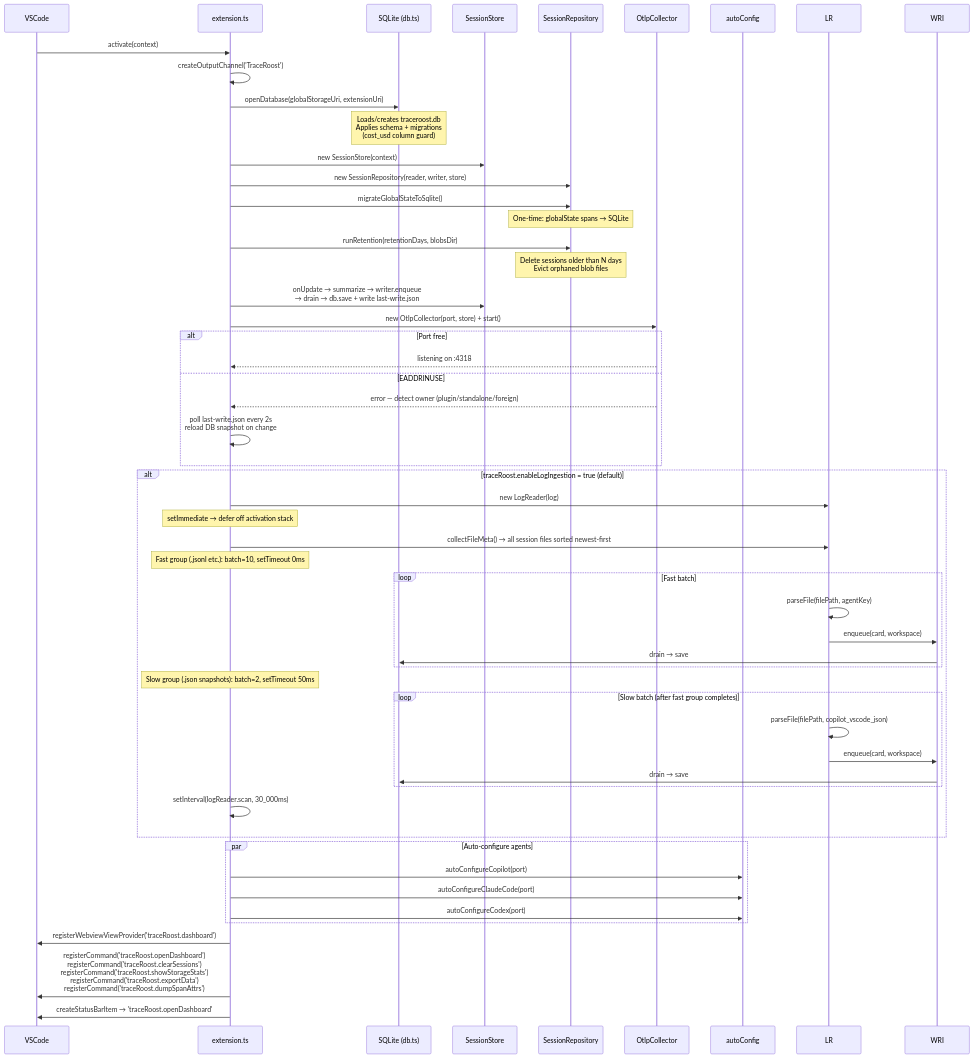
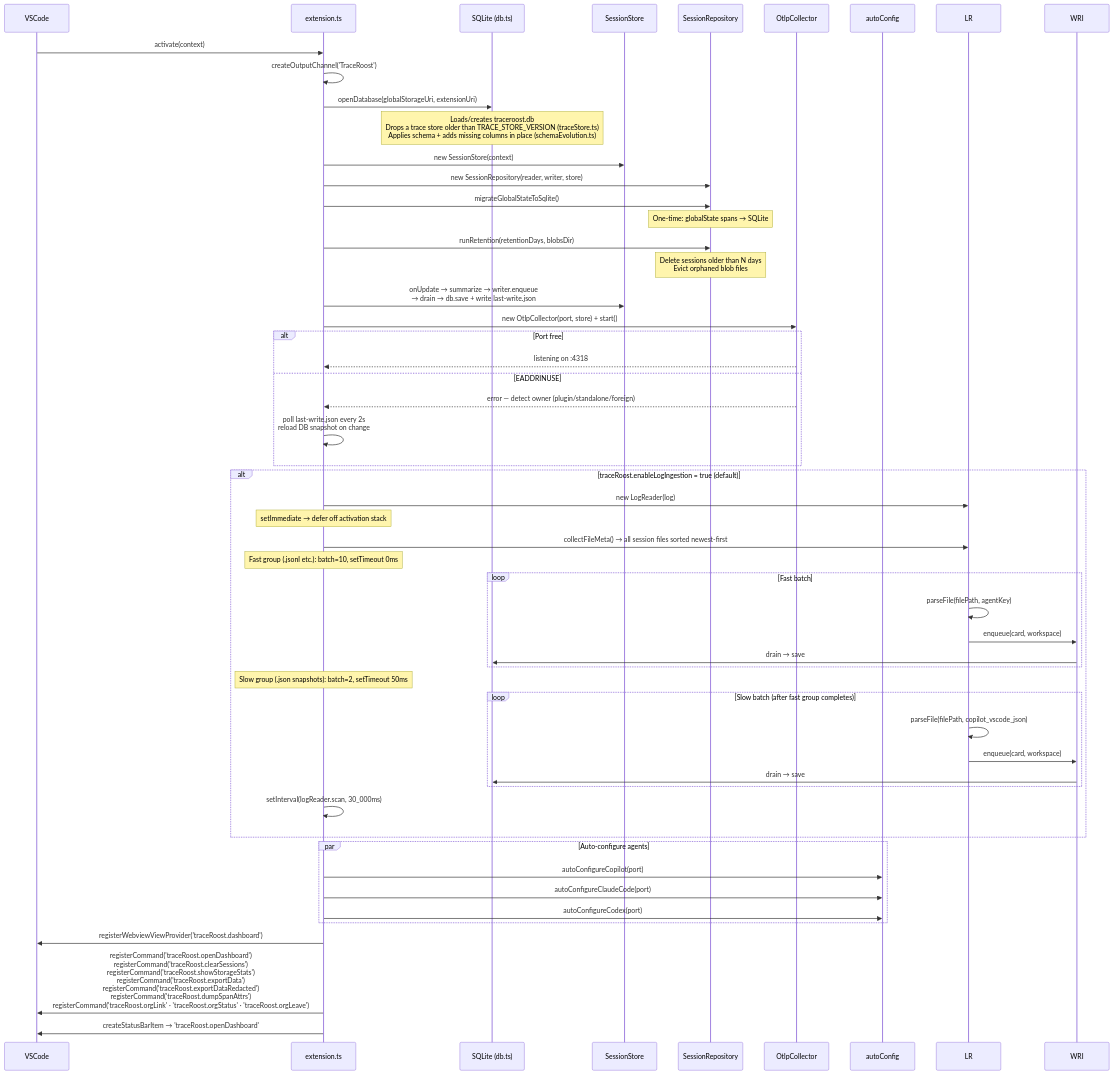
The second of 20 diagrams in ARCHITECTURE.md (traceroost/core), drawn with Mermaid before and after one commit. The commit also changed other lines of this file and 2 other files, not shown here.

````diff
--- a/ARCHITECTURE.md
+++ b/ARCHITECTURE.md
@@ -98,55 +98,55 @@
 ```mermaid
 sequenceDiagram
     participant VS as VSCode
     participant EXT as extension.ts
     participant DB as SQLite (db.ts)
     participant STO as SessionStore
     participant REPO as SessionRepository
     participant COL as OtlpCollector
     participant CFG as autoConfig
 
     VS->>EXT: activate(context)
     EXT->>EXT: createOutputChannel('TraceRoost')
     EXT->>DB: openDatabase(globalStorageUri, extensionUri)
-    Note over DB: Loads/creates traceroost.db<br/>Applies schema + migrations<br/>(cost_usd column guard)
+    Note over DB: Loads/creates traceroost.db<br/>Drops a trace store older than TRACE_STORE_VERSION (traceStore.ts)<br/>Applies schema + adds missing columns in place (schemaEvolution.ts)
     EXT->>STO: new SessionStore(context)
     EXT->>REPO: new SessionRepository(reader, writer, store)
     EXT->>REPO: migrateGlobalStateToSqlite()
     Note over REPO: One-time: globalState spans → SQLite
     EXT->>REPO: runRetention(retentionDays, blobsDir)
     Note over REPO: Delete sessions older than N days<br/>Evict orphaned blob files
     EXT->>STO: onUpdate → summarize → writer.enqueue<br/>→ drain → db.save + write last-write.json
     EXT->>COL: new OtlpCollector(port, store) + start()
     alt Port free
         COL-->>EXT: listening on :4318
     else EADDRINUSE
         COL-->>EXT: error — detect owner (plugin/standalone/foreign)
         EXT->>EXT: poll last-write.json every 2s<br/>reload DB snapshot on change
     end
     alt traceRoost.enableLogIngestion = true (default)
         EXT->>LR: new LogReader(log)
         Note over EXT: setImmediate → defer off activation stack
         EXT->>LR: collectFileMeta() → all session files sorted newest-first
         Note over EXT: Fast group (.jsonl etc.): batch=10, setTimeout 0ms
         loop Fast batch
             LR->>LR: parseFile(filePath, agentKey)
             LR->>WRI: enqueue(card, workspace)
             WRI->>DB: drain → save
         end
         Note over EXT: Slow group (.json snapshots): batch=2, setTimeout 50ms
         loop Slow batch (after fast group completes)
             LR->>LR: parseFile(filePath, copilot_vscode_json)
             LR->>WRI: enqueue(card, workspace)
             WRI->>DB: drain → save
         end
         EXT->>EXT: setInterval(logReader.scan, 30_000ms)
     end
     par Auto-configure agents
         EXT->>CFG: autoConfigureCopilot(port)
         EXT->>CFG: autoConfigureClaudeCode(port)
         EXT->>CFG: autoConfigureCodex(port)
     end
     EXT->>VS: registerWebviewViewProvider('traceRoost.dashboard')
-    EXT->>VS: registerCommand('traceRoost.openDashboard')<br/>registerCommand('traceRoost.clearSessions')<br/>registerCommand('traceRoost.showStorageStats')<br/>registerCommand('traceRoost.exportData')<br/>registerCommand('traceRoost.dumpSpanAttrs')
+    EXT->>VS: registerCommand('traceRoost.openDashboard')<br/>registerCommand('traceRoost.clearSessions')<br/>registerCommand('traceRoost.showStorageStats')<br/>registerCommand('traceRoost.exportData')<br/>registerCommand('traceRoost.exportDataRedacted')<br/>registerCommand('traceRoost.dumpSpanAttrs')<br/>registerCommand('traceRoost.orgLink' · 'traceRoost.orgStatus' · 'traceRoost.orgLeave')
     EXT->>VS: createStatusBarItem → 'traceRoost.openDashboard'
 ```
````
